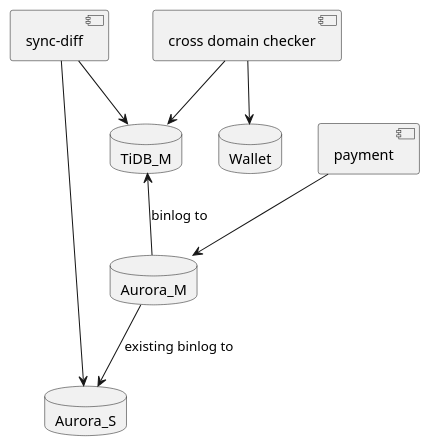
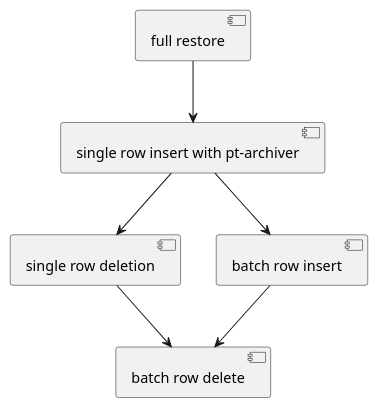
One commit to george24601/notes changed the second of 7 diagrams in mgmt/plan.plantuml. Above: the diagram before and after it, drawn with PlantUML. The commit also changed other lines of this file and 12 other files, not shown here.

```diff
--- a/mgmt/plan.plantuml
+++ b/mgmt/plan.plantuml
@@ -43,22 +21,14 @@
 @startuml
 
-database Aurora_M
-database Aurora_S
-database TiDB_M
-database Wallet
-
-[cross domain checker] as dc
-[sync-diff] as sd
-[payment] as pay
-
-pay --> Aurora_M
-TiDB_M <-- Aurora_M: binlog to
-Aurora_M --> Aurora_S : existing binlog to
-
-dc --> TiDB_M
-dc --> Wallet
-
-sd --> TiDB_M
-sd --> Aurora_S
+[full restore] as fr
+[single row insert with pt-archiver] as si
+[single row deletion] as sd
+[batch row insert] as bi
+[batch row delete] as bd
+fr --> si
+si --> sd
+si --> bi 
+bi --> bd
+sd --> bd
 
 @enduml
```
